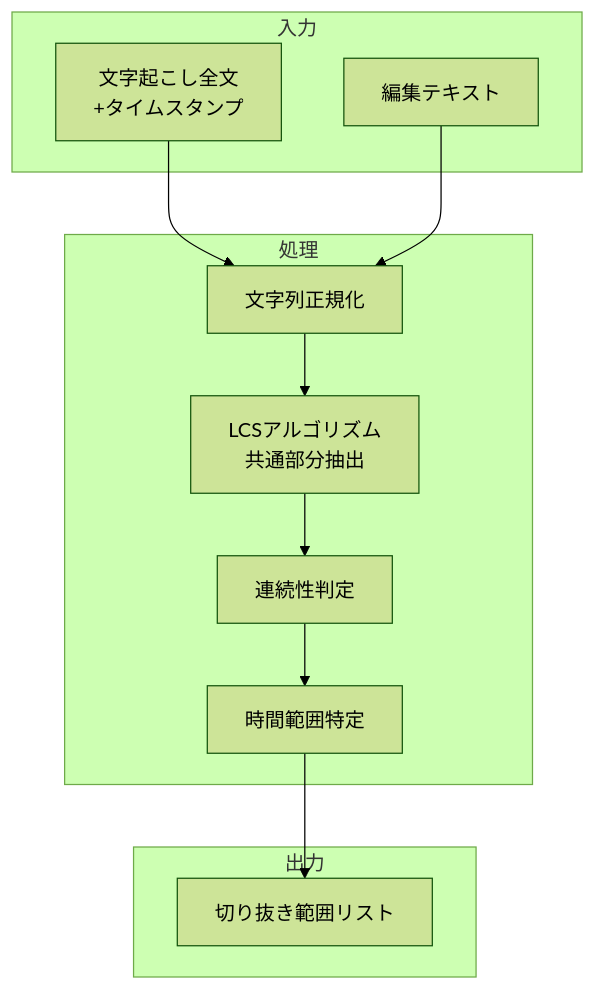
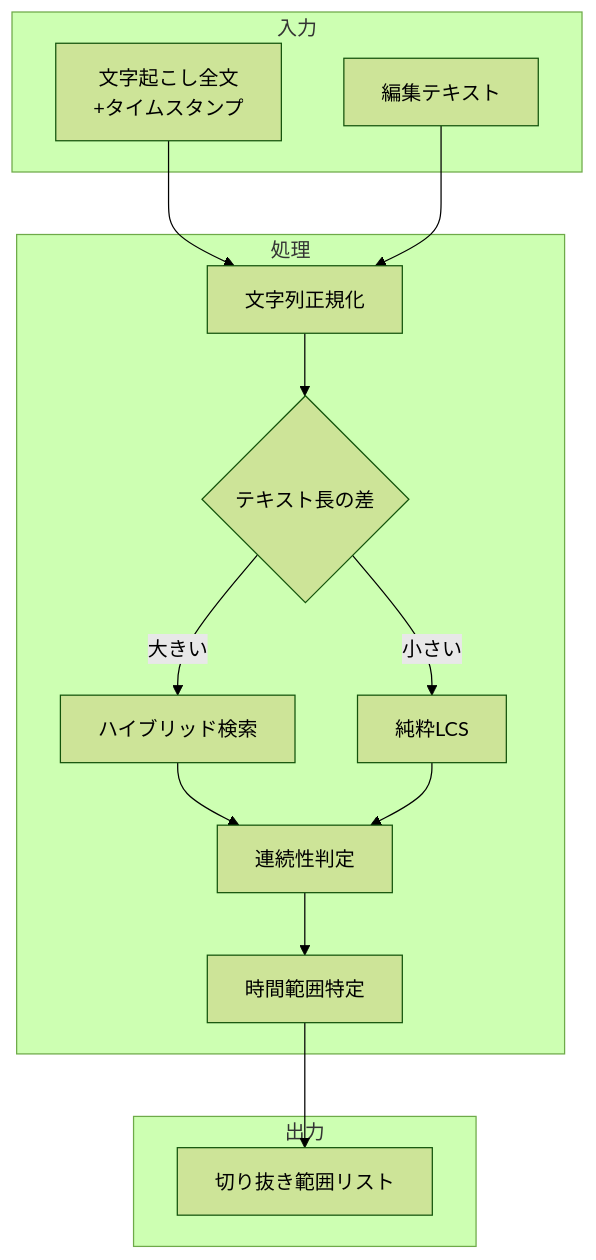
One commit to Coidemo/TextffCut changed the seventh of 27 diagrams in docs/basic_design_specification_v2.md. Above: the diagram before and after it, drawn with Mermaid (forest theme). The commit also changed other lines of this file and 57 other files, not shown here.

````diff
--- a/docs/basic_design_specification_v2.md
+++ b/docs/basic_design_specification_v2.md
@@ -245,20 +245,24 @@
 ```mermaid
 flowchart TD
     subgraph "入力"
         A[文字起こし全文<br/>+タイムスタンプ]
         B[編集テキスト]
     end
     
     subgraph "処理"
         C[文字列正規化]
-        D[LCSアルゴリズム<br/>共通部分抽出]
-        E[連続性判定]
-        F[時間範囲特定]
+        D{テキスト長の差}
+        D -->|大きい| E[ハイブリッド検索]
+        D -->|小さい| F[純粋LCS]
+        E --> G[連続性判定]
+        F --> G
+        G --> H[時間範囲特定]
     end
     
     subgraph "出力"
-        G[切り抜き範囲リスト]
+        I[切り抜き範囲リスト]
     end
     
-    A & B --> C --> D --> E --> F --> G
+    A & B --> C --> D
+    H --> I
 ```
````
